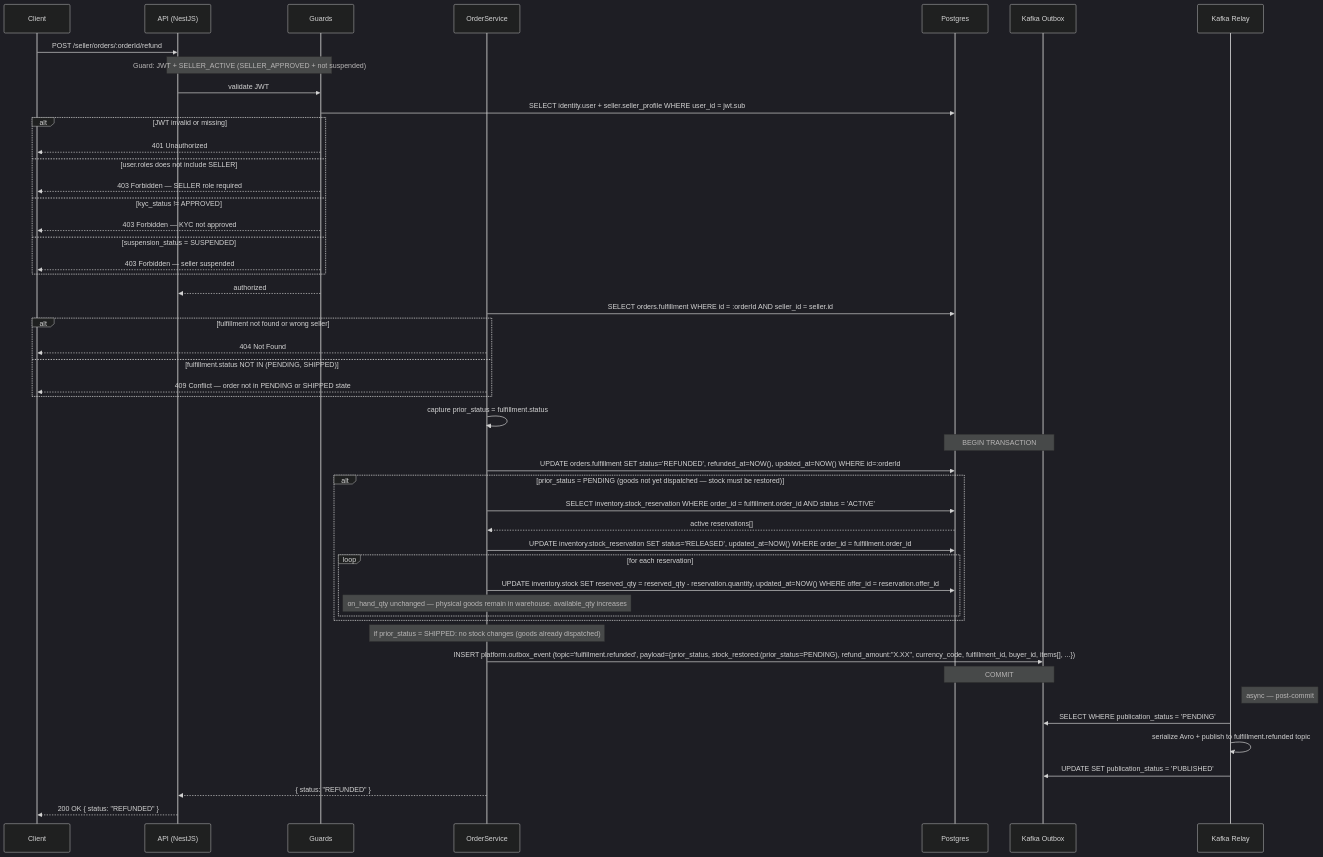
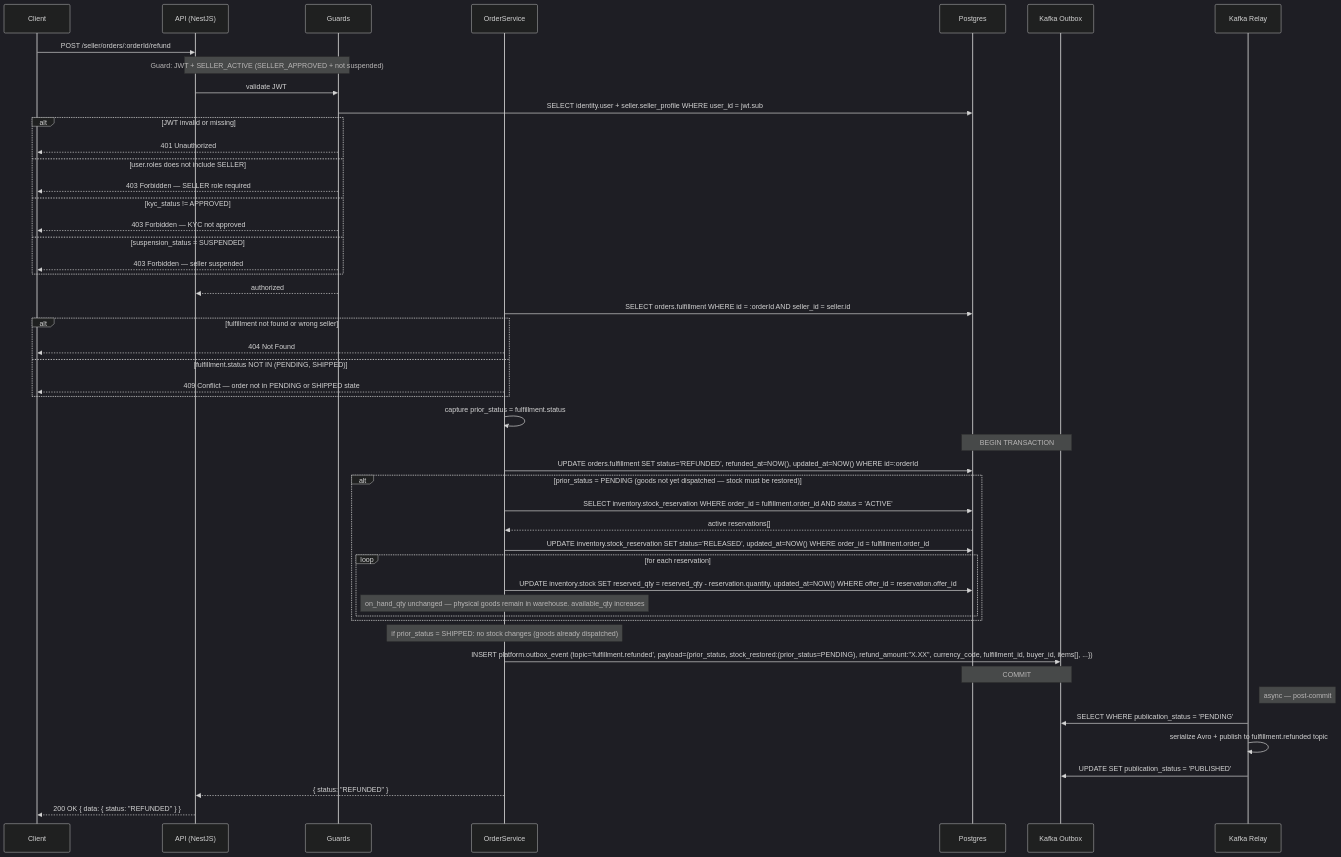
One commit to alisa-uthi/aliceut-ecom-document changed diagram 16 of 21 in phase-1/technical-design/api-design/seller.md. Above: the diagram before and after it, drawn with Mermaid (dark theme). The commit also changed other lines of this file and 22 other files, not shown here.

````diff
--- a/phase-1/technical-design/api-design/seller.md
+++ b/phase-1/technical-design/api-design/seller.md
@@ -1067,56 +1079,56 @@
 ```mermaid
 sequenceDiagram
     participant C as Client
     participant A as API (NestJS)
     participant G as Guards
     participant OrdS as OrderService
     participant P as Postgres
     participant KO as Kafka Outbox
     participant KR as Kafka Relay
 
     C->>A: POST /seller/orders/:orderId/refund
     Note over A,G: Guard: JWT + SELLER_ACTIVE (SELLER_APPROVED + not suspended)
     A->>G: validate JWT
     G->>P: SELECT identity.user + seller.seller_profile WHERE user_id = jwt.sub
     alt JWT invalid or missing
         G-->>C: 401 Unauthorized
     else user.roles does not include SELLER
         G-->>C: 403 Forbidden — SELLER role required
     else kyc_status != APPROVED
         G-->>C: 403 Forbidden — KYC not approved
     else suspension_status = SUSPENDED
         G-->>C: 403 Forbidden — seller suspended
     end
     G-->>A: authorized
 
     OrdS->>P: SELECT orders.fulfillment WHERE id = :orderId AND seller_id = seller.id
     alt fulfillment not found or wrong seller
         OrdS-->>C: 404 Not Found
     else fulfillment.status NOT IN (PENDING, SHIPPED)
         OrdS-->>C: 409 Conflict — order not in PENDING or SHIPPED state
     end
     OrdS->>OrdS: capture prior_status = fulfillment.status
 
     Note over P,KO: BEGIN TRANSACTION
     OrdS->>P: UPDATE orders.fulfillment SET status='REFUNDED', refunded_at=NOW(), updated_at=NOW() WHERE id=:orderId
     alt prior_status = PENDING (goods not yet dispatched — stock must be restored)
         OrdS->>P: SELECT inventory.stock_reservation WHERE order_id = fulfillment.order_id AND status = 'ACTIVE'
         P-->>OrdS: active reservations[]
         OrdS->>P: UPDATE inventory.stock_reservation SET status='RELEASED', updated_at=NOW() WHERE order_id = fulfillment.order_id
         loop for each reservation
             OrdS->>P: UPDATE inventory.stock SET reserved_qty = reserved_qty - reservation.quantity, updated_at=NOW() WHERE offer_id = reservation.offer_id
             Note over OrdS: on_hand_qty unchanged — physical goods remain in warehouse. available_qty increases
         end
     end
     Note over OrdS: if prior_status = SHIPPED: no stock changes (goods already dispatched)
     OrdS->>KO: INSERT platform.outbox_event (topic='fulfillment.refunded', payload={prior_status, stock_restored:(prior_status=PENDING), refund_amount:"X.XX", currency_code, fulfillment_id, buyer_id, items[], ...})
     Note over P,KO: COMMIT
 
     Note right of KR: async — post-commit
     KR->>KO: SELECT WHERE publication_status = 'PENDING'
     KR->>KR: serialize Avro + publish to fulfillment.refunded topic
     KR->>KO: UPDATE SET publication_status = 'PUBLISHED'
 
     OrdS-->>A: { status: "REFUNDED" }
-    A-->>C: 200 OK { status: "REFUNDED" }
+    A-->>C: 200 OK { data: { status: "REFUNDED" } }
 ```
````
